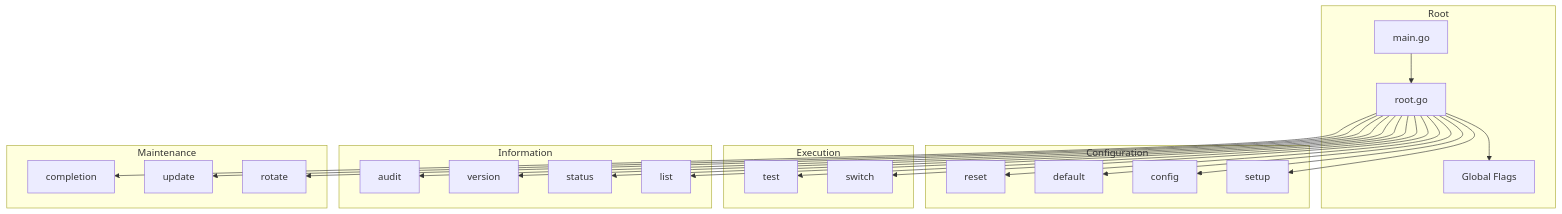
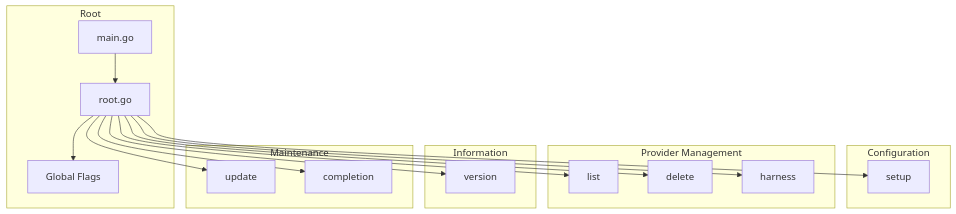
The diagram in cmd/README.md (dkmnx/kairo), drawn with Mermaid before and after one commit. The commit also changed other lines of this file and 3 other files, not shown here.

````diff
--- a/cmd/README.md
+++ b/cmd/README.md
@@ -27,32 +22,26 @@
 ```mermaid
 flowchart TB
     subgraph Root
         Main[main.go] --> RootCmd[root.go]
         RootCmd --> Flags[Global Flags]
     end
 
     subgraph Configuration
         RootCmd --> Setup[setup]
-        RootCmd --> Config[config]
-        RootCmd --> DefaultCmd[default]
-        RootCmd --> Reset[reset]
     end
 
-    subgraph Execution
-        RootCmd --> Switch[switch]
-        RootCmd --> Test[test]
+    subgraph Provider Management
+        RootCmd --> List[list]
+        RootCmd --> Delete[delete]
+        RootCmd --> Harness[harness]
     end
 
     subgraph Information
-        RootCmd --> List[list]
-        RootCmd --> Status[status]
         RootCmd --> Version[version]
-        RootCmd --> Audit[audit]
     end
 
     subgraph Maintenance
-        RootCmd --> Rotate[rotate]
         RootCmd --> Update[update]
         RootCmd --> Completion[completion]
     end
 ```
````
